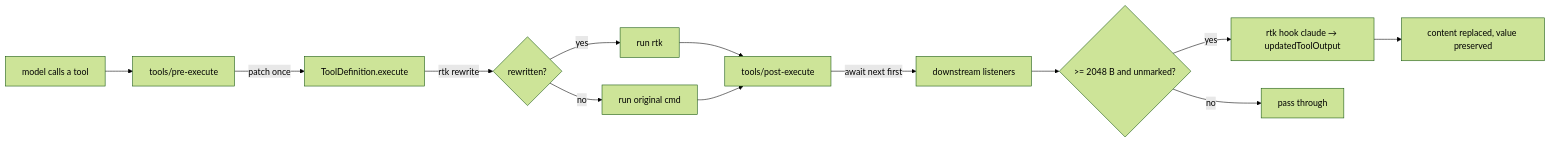
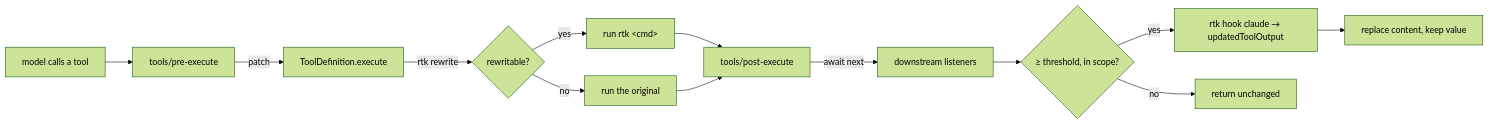
One commit to YunaAloft/dsh-rtk-workbench changed the diagram in README.md. Above: the diagram before and after it, drawn with Mermaid (forest theme). The commit also changed other lines of this file and 13 other files, not shown here.

````diff
--- a/README.md
+++ b/README.md
@@ -114,15 +90,15 @@
 ```mermaid
 flowchart LR
   M[model calls a tool] --> P[tools/pre-execute]
-  P -->|patch once| X[ToolDefinition.execute]
-  X -->|rtk rewrite| R{rewritten?}
-  R -->|yes| E1["run rtk <cmd>"]
-  R -->|no| E2[run original cmd]
+  P -->|patch| X[ToolDefinition.execute]
+  X -->|rtk rewrite| R{"rewritable?"}
+  R -->|yes| E1["run rtk &lt;cmd&gt;"]
+  R -->|no| E2["run the original"]
   E1 --> C[tools/post-execute]
   E2 --> C
-  C -->|await next first| D[downstream listeners]
-  D --> G{">= 2048 B and unmarked?"}
-  G -->|yes| H[rtk hook claude → updatedToolOutput]
-  G -->|no| I[pass through]
-  H --> J[content replaced, value preserved]
+  C -->|await next| D[downstream listeners]
+  D --> G{"≥ threshold, in scope?"}
+  G -->|yes| H["rtk hook claude → updatedToolOutput"]
+  G -->|no| I[return unchanged]
+  H --> J["replace content, keep value"]
 ```
````
